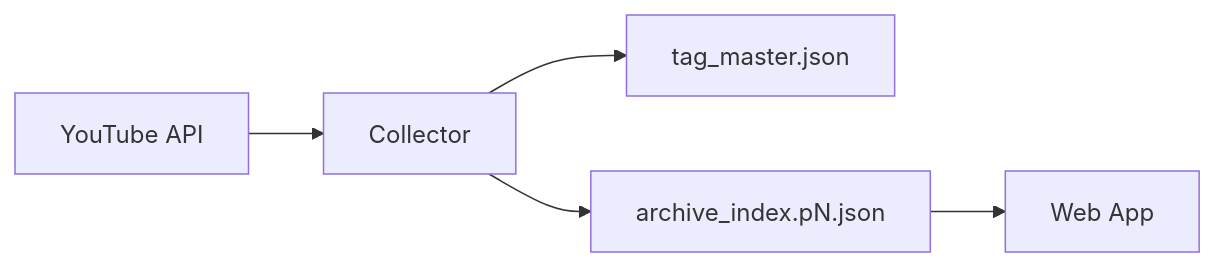
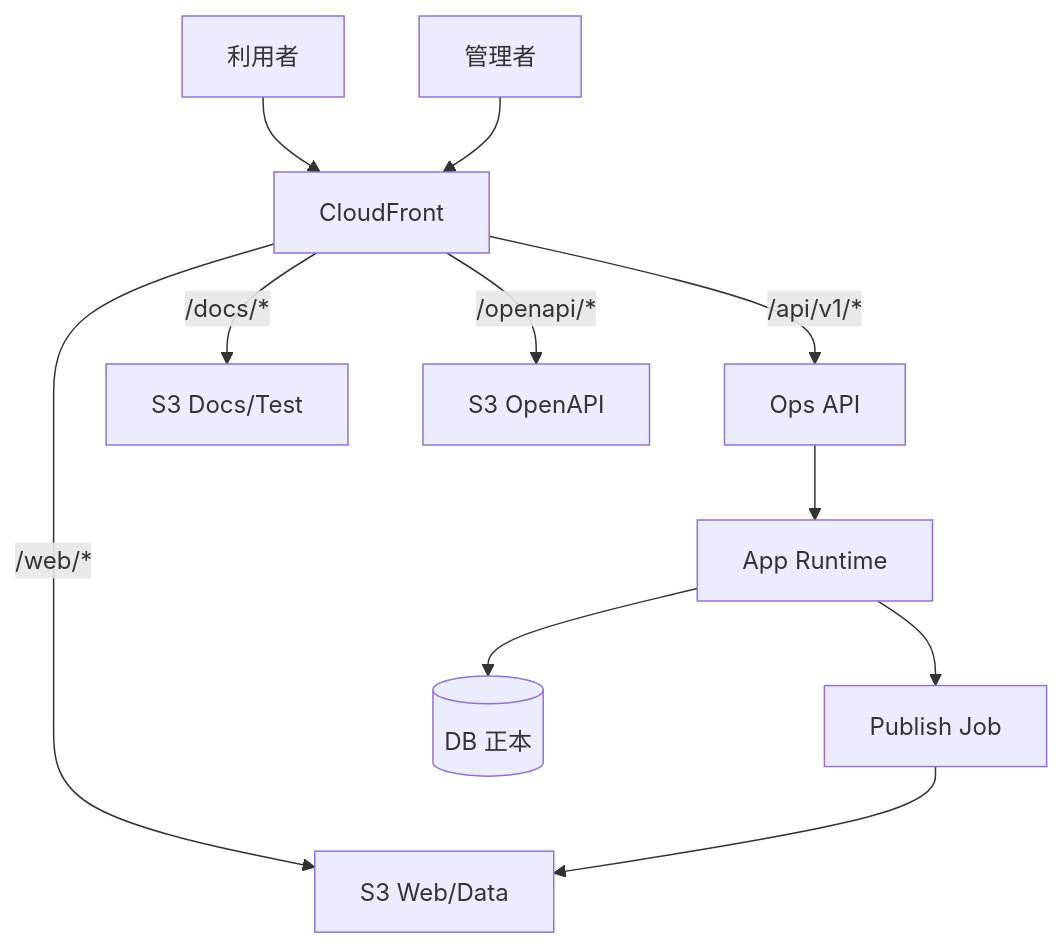
Before and after one commit to tsuji-tomonori/diopside-v3: the diagram in docs/2.基本設計(BD)/21.アーキテクチャ概要/BD-ARCH-003.md, drawn with Mermaid. The commit also changed other lines of this file and 4 other files, not shown here.

````diff
--- a/docs/2.基本設計(BD)/21.アーキテクチャ概要/BD-ARCH-003.md
+++ b/docs/2.基本設計(BD)/21.アーキテクチャ概要/BD-ARCH-003.md
@@ -34,7 +43,15 @@
 ```mermaid
-flowchart LR
-  A[YouTube API] --> B[Collector]
-  B --> C[tag_master.json]
-  B --> D[archive_index.pN.json]
-  D --> E[Web App]
+flowchart TD
+  USER[利用者] --> CF[CloudFront]
+  ADMIN[管理者] --> CF
+
+  CF -->|/web/*| S3WEB[S3 Web/Data]
+  CF -->|/docs/*| S3DOC[S3 Docs/Test]
+  CF -->|/openapi/*| S3OAS[S3 OpenAPI]
+  CF -->|/api/v1/*| API[Ops API]
+
+  API --> APP[App Runtime]
+  APP --> DB[(DB 正本)]
+  APP --> JOB[Publish Job]
+  JOB --> S3WEB
 ```
````
